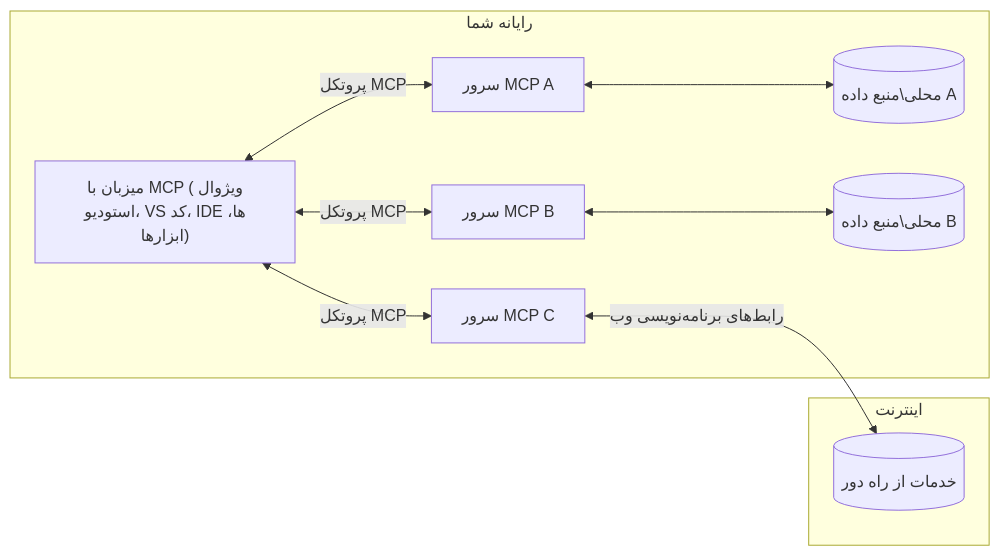
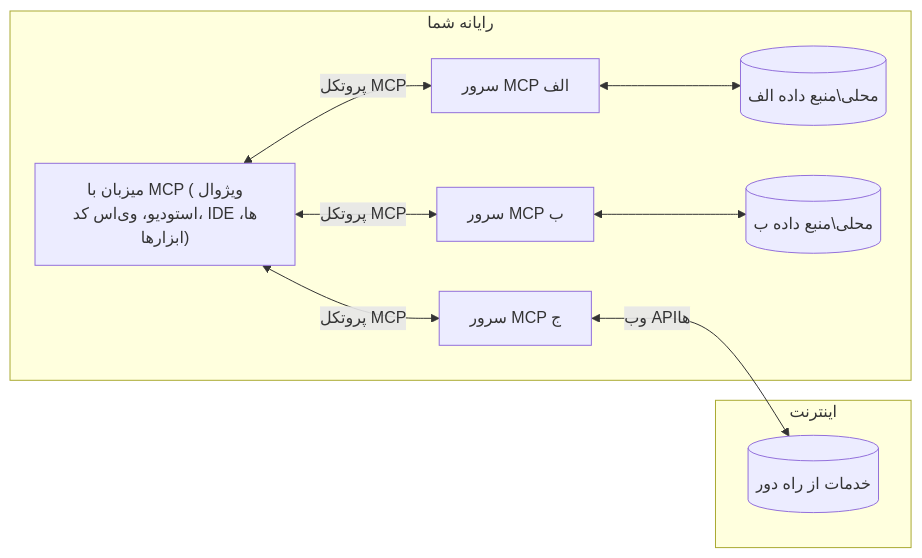
The diagram in translations/fa/01-CoreConcepts/README.md (Mu-L/mcp-for-beginners), drawn with Mermaid before and after one commit. The commit also changed other lines of this file and 110 other files, not shown here.

````diff
--- a/translations/fa/01-CoreConcepts/README.md
+++ b/translations/fa/01-CoreConcepts/README.md
@@ -45,17 +45,17 @@
 ```mermaid
 flowchart LR
     subgraph "رایانه شما"
-        Host["میزبان با MCP (ویژوال استودیو، VS کد، IDEها، ابزارها)"]
-        S1["سرور MCP A"]
-        S2["سرور MCP B"]
-        S3["سرور MCP C"]
+        Host["میزبان با MCP (ویژوال استودیو، وی‌اس کد، IDEها، ابزارها)"]
+        S1["سرور MCP الف"]
+        S2["سرور MCP ب"]
+        S3["سرور MCP ج"]
         Host <-->|"پروتکل MCP"| S1
         Host <-->|"پروتکل MCP"| S2
         Host <-->|"پروتکل MCP"| S3
-        S1 <--> D1[("محلی\منبع داده A")]
-        S2 <--> D2[("محلی\منبع داده B")]
+        S1 <--> D1[("محلی\منبع داده الف")]
+        S2 <--> D2[("محلی\منبع داده ب")]
     end
     subgraph "اینترنت"
-        S3 <-->|"رابط‌های برنامه‌نویسی وب"| D3[("خدمات از راه دور")]
+        S3 <-->|"وب APIها"| D3[("خدمات از راه دور")]
     end
-```
+```  
````
